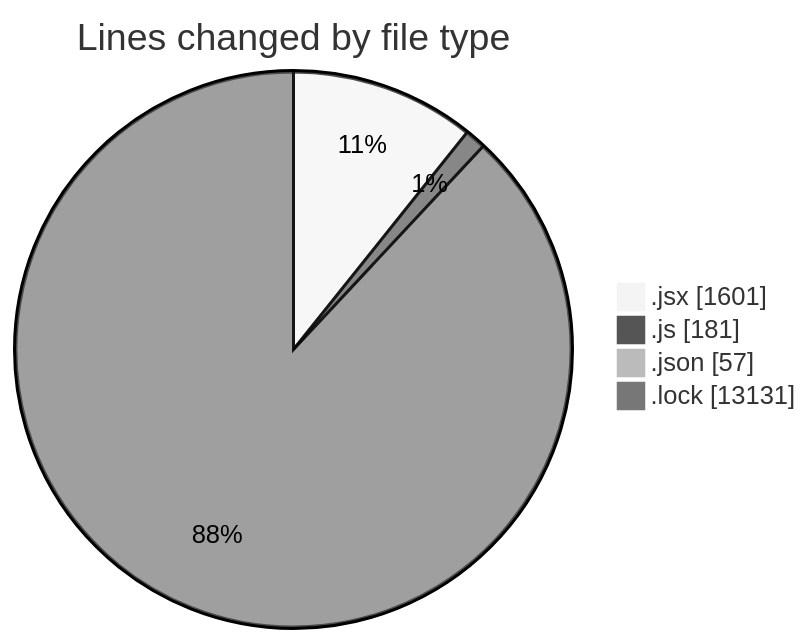
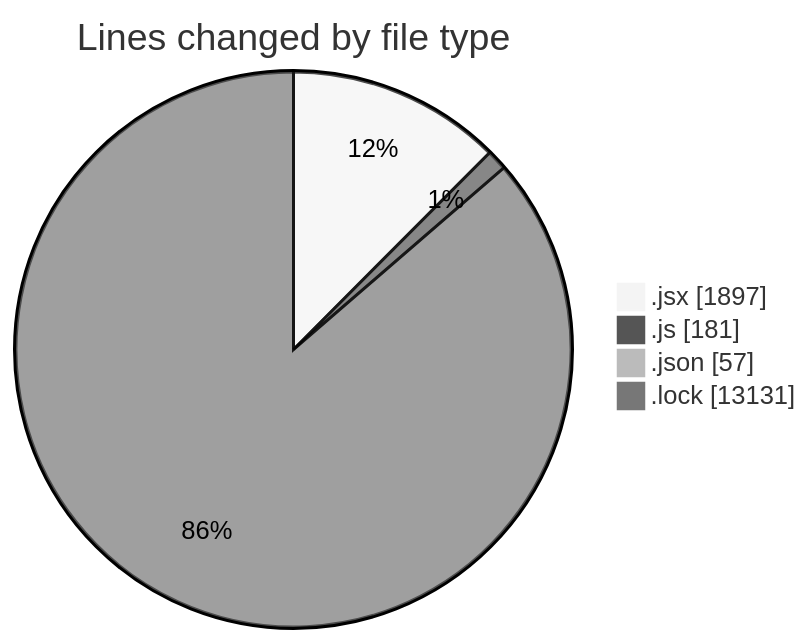
The first of 2 diagrams in 2026-02-10/cda/README.md (momahboobian/code-tracking), drawn with Mermaid (neutral theme) before and after one commit. The commit also changed other lines of this file and 1 other file, not shown here.

````diff
--- a/2026-02-10/cda/README.md
+++ b/2026-02-10/cda/README.md
@@ -30,8 +33,8 @@
 ```mermaid
 pie showData
 title Lines changed by file type
-".jsx" : 1601
+".jsx" : 1897
 ".js" : 181
 ".json" : 57
 ".lock" : 13131
 ```
````
